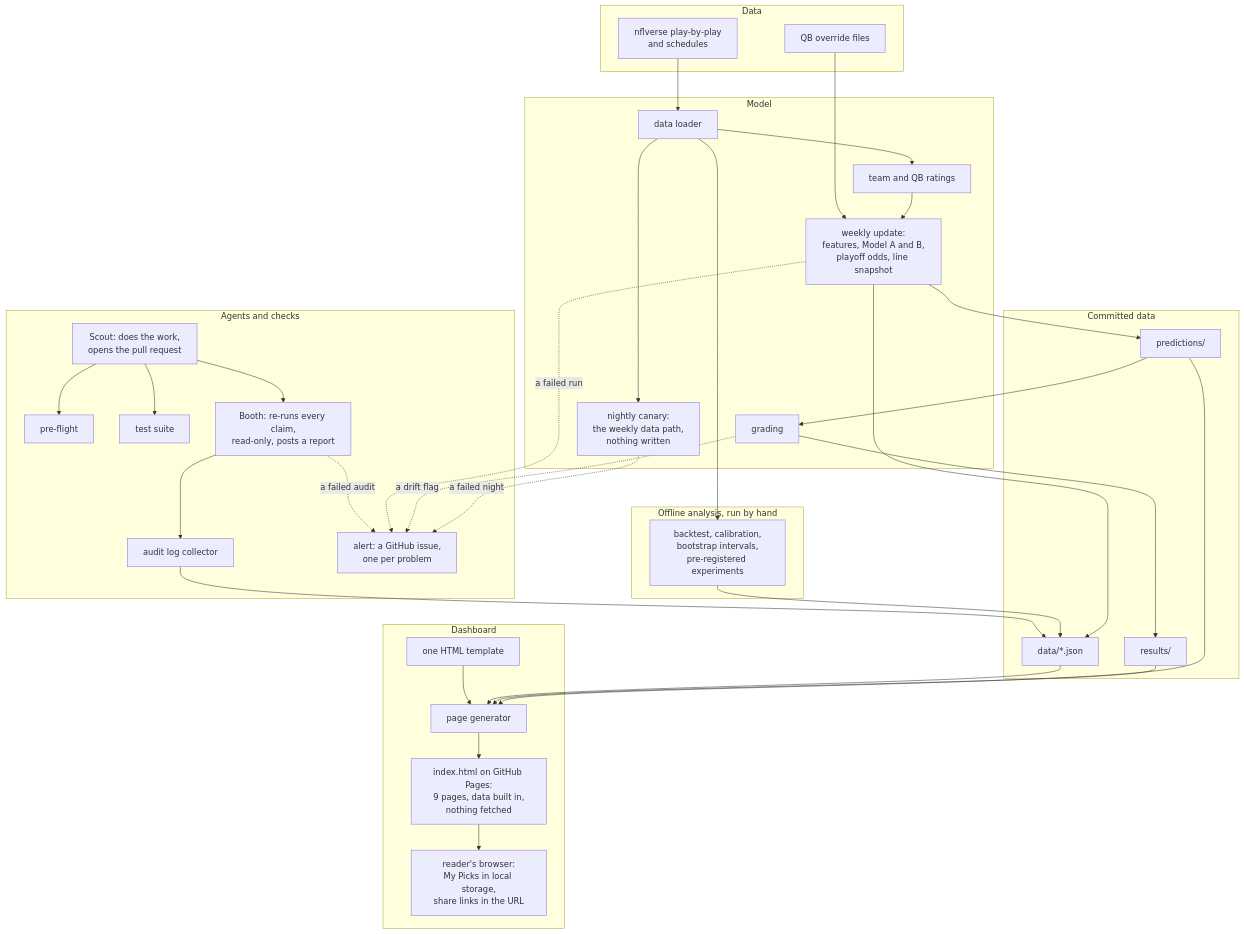
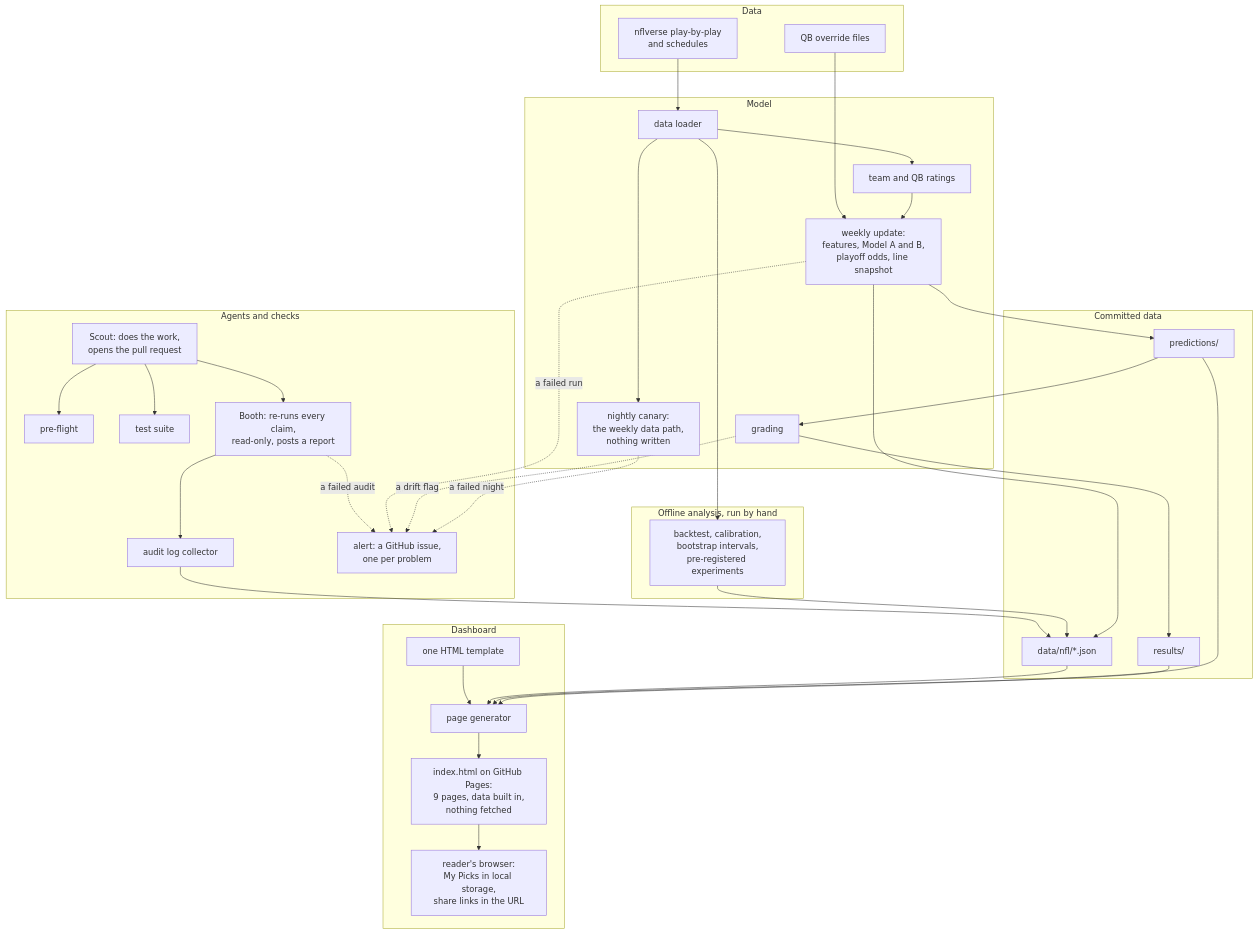
The diagram in docs/architecture.md (lifeisgreat07/NFL-Model-2), drawn with Mermaid before and after one commit. The commit also changed other lines of this file and 540 other files, not shown here.

````diff
--- a/docs/architecture.md
+++ b/docs/architecture.md
@@ -7,63 +7,63 @@
 ```mermaid
 flowchart TB
   subgraph DATA["Data"]
     NFL["nflverse play-by-play<br/>and schedules"]
     OVR["QB override files"]
   end
 
   subgraph MODEL["Model"]
     LOAD["data loader"]
     RATE["team and QB ratings"]
     WEEK["weekly update:<br/>features, Model A and B,<br/>playoff odds, line snapshot"]
     GRADE["grading"]
     CANARY["nightly canary:<br/>the weekly data path,<br/>nothing written"]
   end
 
   subgraph STORE["Committed data"]
     PRED["predictions/"]
     RES["results/"]
-    DJ["data/*.json"]
+    DJ["data/nfl/*.json"]
   end
 
   subgraph ANALYSIS["Offline analysis, run by hand"]
     BT["backtest, calibration,<br/>bootstrap intervals,<br/>pre-registered experiments"]
   end
 
   subgraph AGENTS["Agents and checks"]
     SCOUT["Scout: does the work,<br/>opens the pull request"]
     PRE["pre-flight"]
     TESTS["test suite"]
     BOOTH["Booth: re-runs every claim,<br/>read-only, posts a report"]
     LOG["audit log collector"]
     ALERT["alert: a GitHub issue,<br/>one per problem"]
   end
 
   subgraph UI["Dashboard"]
     GEN["page generator"]
     TPL["one HTML template"]
     PAGE["index.html on GitHub Pages:<br/>9 pages, data built in,<br/>nothing fetched"]
     BROWSER["reader's browser:<br/>My Picks in local storage,<br/>share links in the URL"]
   end
 
   NFL --> LOAD --> RATE --> WEEK
   OVR --> WEEK
   LOAD --> CANARY
   CANARY -. a failed night .-> ALERT
   GRADE -. a drift flag .-> ALERT
   WEEK -. a failed run .-> ALERT
   WEEK --> PRED
   WEEK --> DJ
   PRED --> GRADE --> RES
   LOAD --> BT --> DJ
 
   SCOUT --> PRE
   SCOUT --> TESTS
   SCOUT --> BOOTH
   BOOTH --> LOG --> DJ
   BOOTH -. a failed audit .-> ALERT
 
   PRED --> GEN
   RES --> GEN
   DJ --> GEN
   TPL --> GEN --> PAGE --> BROWSER
 ```
````
